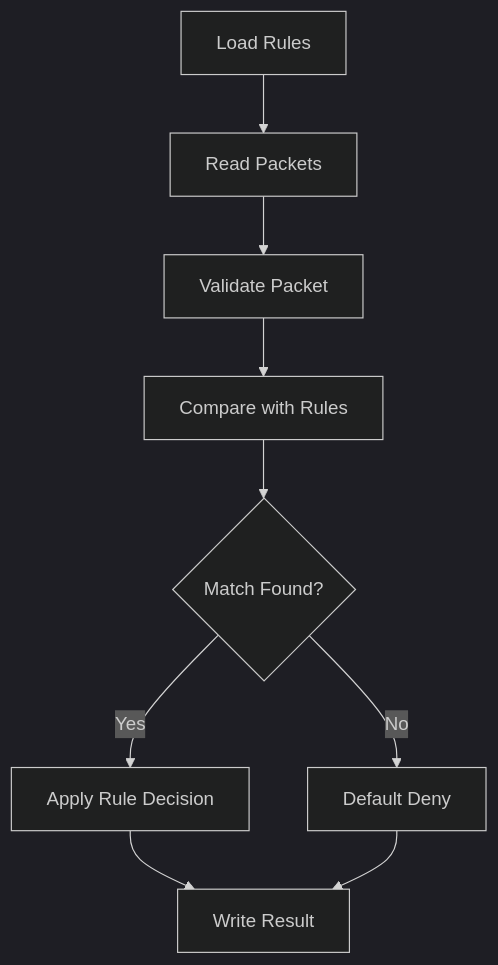
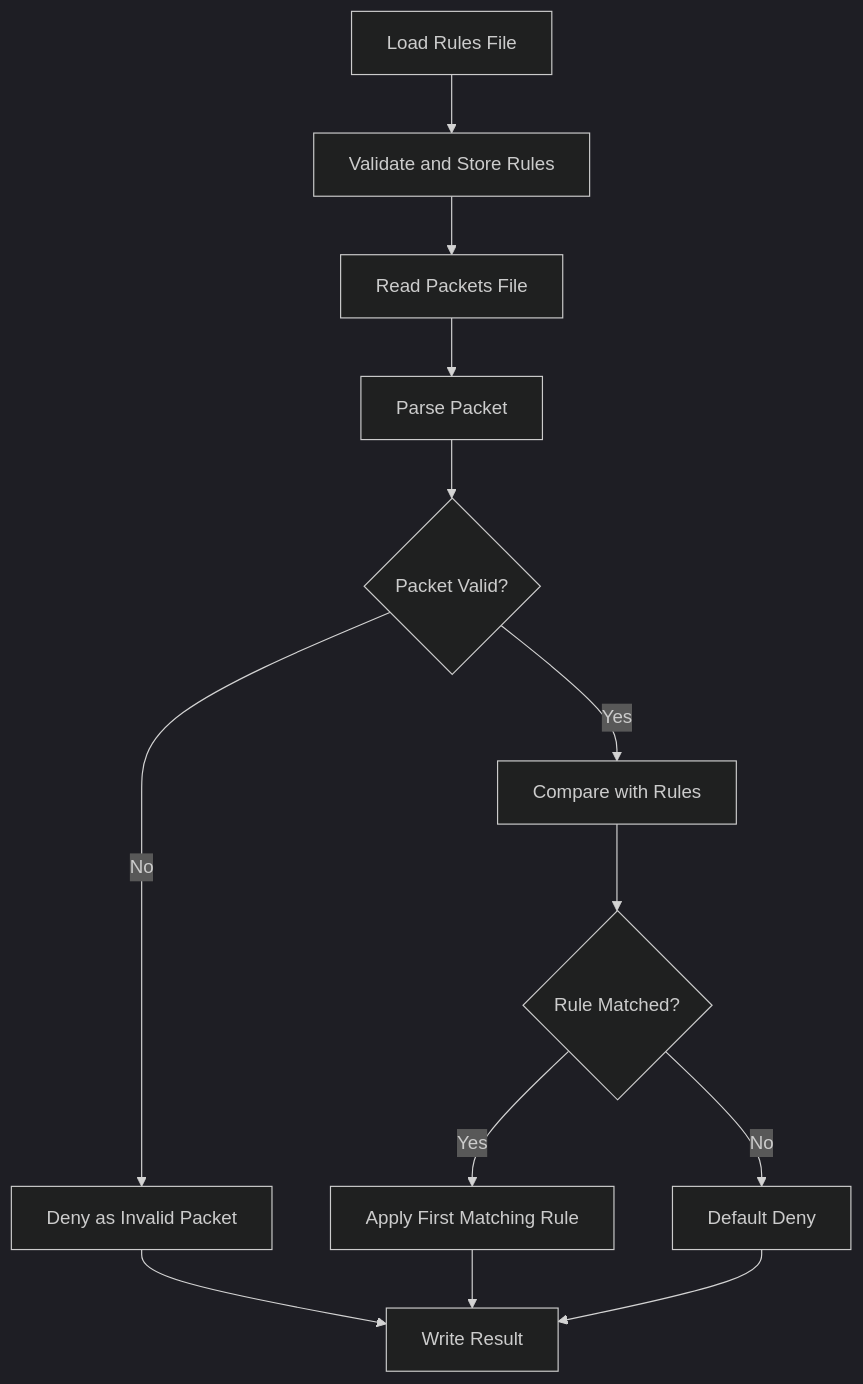
Before and after one commit to Hussain-Ali-787/air-university-cybersecurity-projects: the diagram in semester-01-fall-2023/programming-fundamentals/firewall-rule-engine-cpp/README.md, drawn with Mermaid (dark theme). The commit also changed other lines of this file and 61 other files, not shown here.

````diff
--- a/semester-01-fall-2023/programming-fundamentals/firewall-rule-engine-cpp/README.md
+++ b/semester-01-fall-2023/programming-fundamentals/firewall-rule-engine-cpp/README.md
@@ -54,11 +55,15 @@
 ```mermaid
 flowchart TB
-    A[Load Rules] --> B[Read Packets]
-    B --> C[Validate Packet]
-    C --> D[Compare with Rules]
-    D --> E{Match Found?}
-    E -->|Yes| F[Apply Rule Decision]
-    E -->|No| G[Default Deny]
-    F --> H[Write Result]
-    G --> H
+    A[Load Rules File] --> B[Validate and Store Rules]
+    B --> C[Read Packets File]
+    C --> D[Parse Packet]
+    D --> E{Packet Valid?}
+    E -->|No| F[Deny as Invalid Packet]
+    E -->|Yes| G[Compare with Rules]
+    G --> H{Rule Matched?}
+    H -->|Yes| I[Apply First Matching Rule]
+    H -->|No| J[Default Deny]
+    F --> K[Write Result]
+    I --> K
+    J --> K
 ```
````
